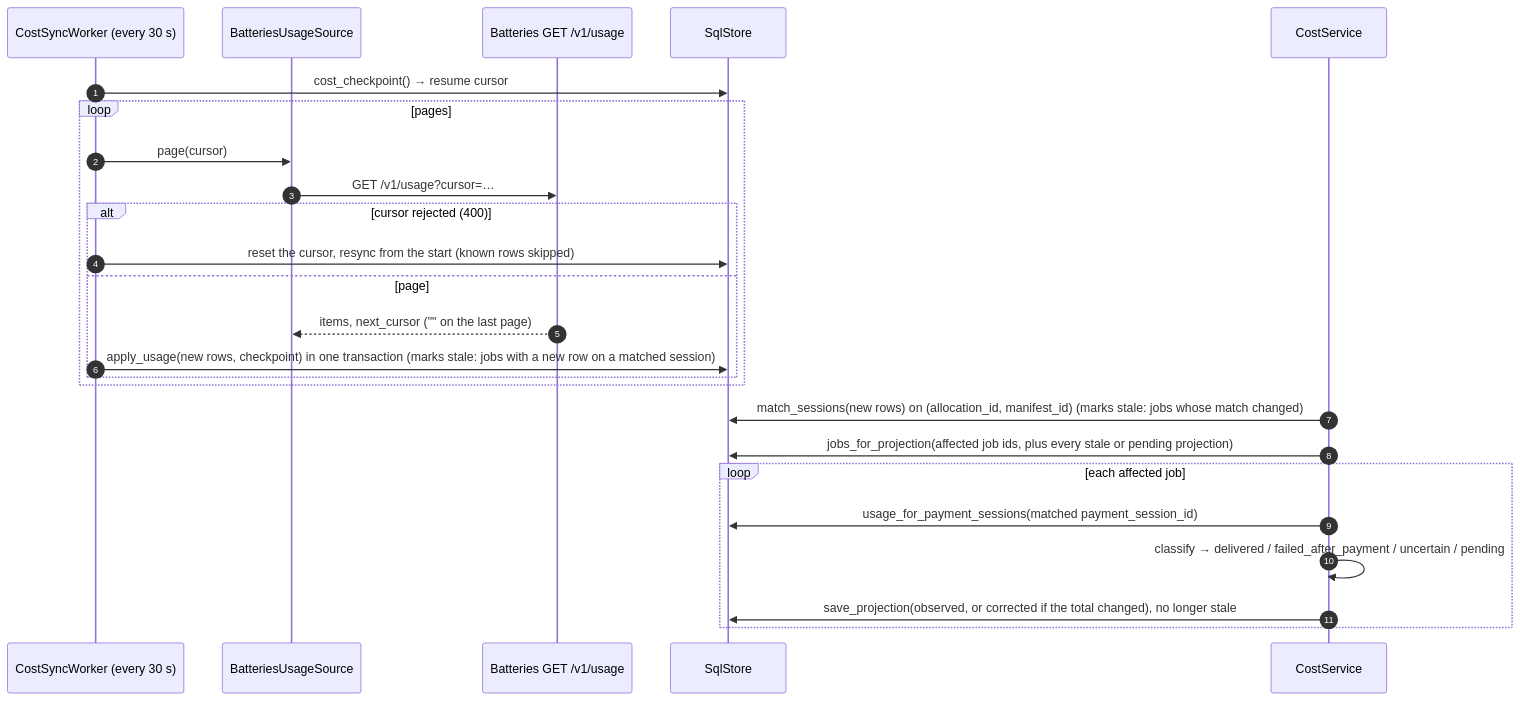
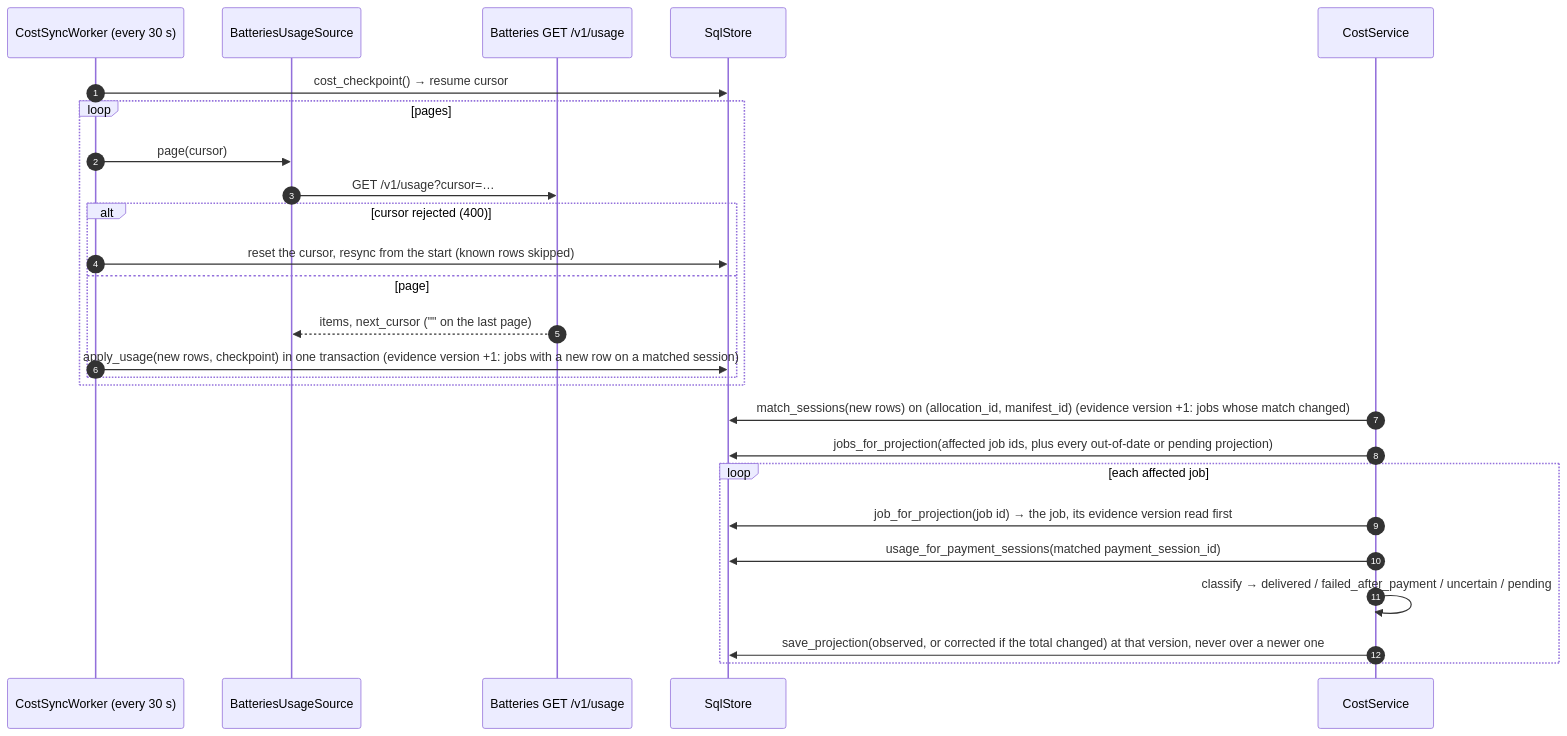
The seventh of 12 diagrams in docs/design-docs/architecture-diagrams.md (NE-Build-Track/livepeer-builder-core), drawn with Mermaid before and after one commit. The commit also changed other lines of this file and 13 other files, not shown here.

First line of the commit message:
fix(cost): version each job's evidence so a concurrent sync cannot hide a fee (#43 review)

````diff
--- a/docs/design-docs/architecture-diagrams.md
+++ b/docs/design-docs/architecture-diagrams.md
@@ -235,27 +235,28 @@
 ```mermaid
 sequenceDiagram
     autonumber
     participant W as CostSyncWorker (every 30 s)
     participant U as BatteriesUsageSource
     participant Bat as Batteries GET /v1/usage
     participant DB as SqlStore
     participant C as CostService
     W->>DB: cost_checkpoint() → resume cursor
     loop pages
         W->>U: page(cursor)
         U->>Bat: GET /v1/usage?cursor=…
         alt cursor rejected (400)
             W->>DB: reset the cursor, resync from the start (known rows skipped)
         else page
             Bat-->>U: items, next_cursor ("" on the last page)
-            W->>DB: apply_usage(new rows, checkpoint) in one transaction (marks stale: jobs with a new row on a matched session)
+            W->>DB: apply_usage(new rows, checkpoint) in one transaction (evidence version +1: jobs with a new row on a matched session)
         end
     end
-    C->>DB: match_sessions(new rows) on (allocation_id, manifest_id) (marks stale: jobs whose match changed)
-    C->>DB: jobs_for_projection(affected job ids, plus every stale or pending projection)
+    C->>DB: match_sessions(new rows) on (allocation_id, manifest_id) (evidence version +1: jobs whose match changed)
+    C->>DB: jobs_for_projection(affected job ids, plus every out-of-date or pending projection)
     loop each affected job
+        C->>DB: job_for_projection(job id) → the job, its evidence version read first
         C->>DB: usage_for_payment_sessions(matched payment_session_id)
         C->>C: classify → delivered / failed_after_payment / uncertain / pending
-        C->>DB: save_projection(observed, or corrected if the total changed), no longer stale
+        C->>DB: save_projection(observed, or corrected if the total changed) at that version, never over a newer one
     end
 ```
````
